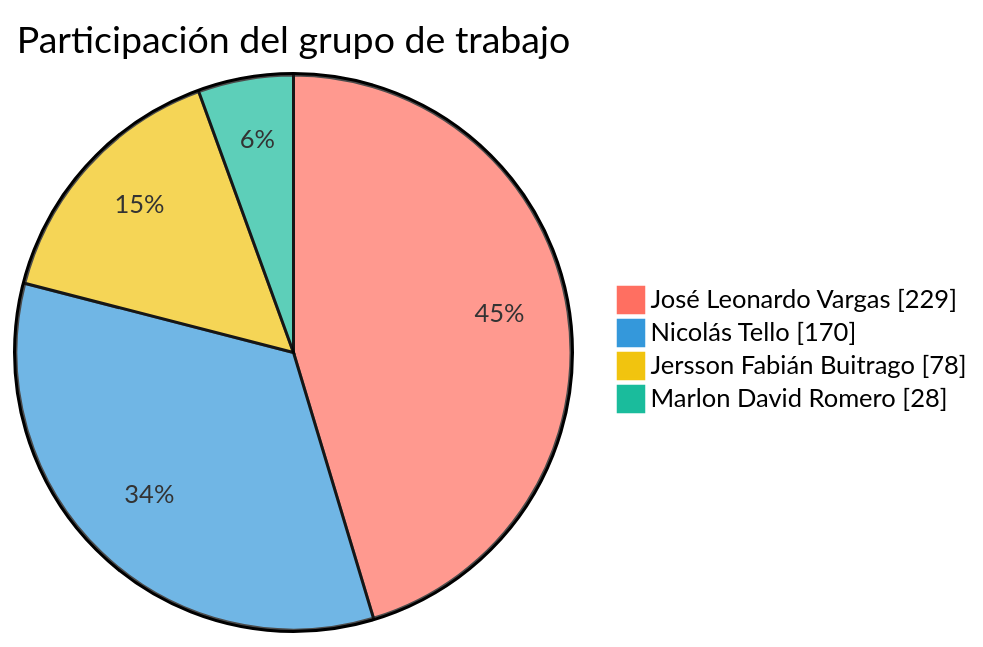
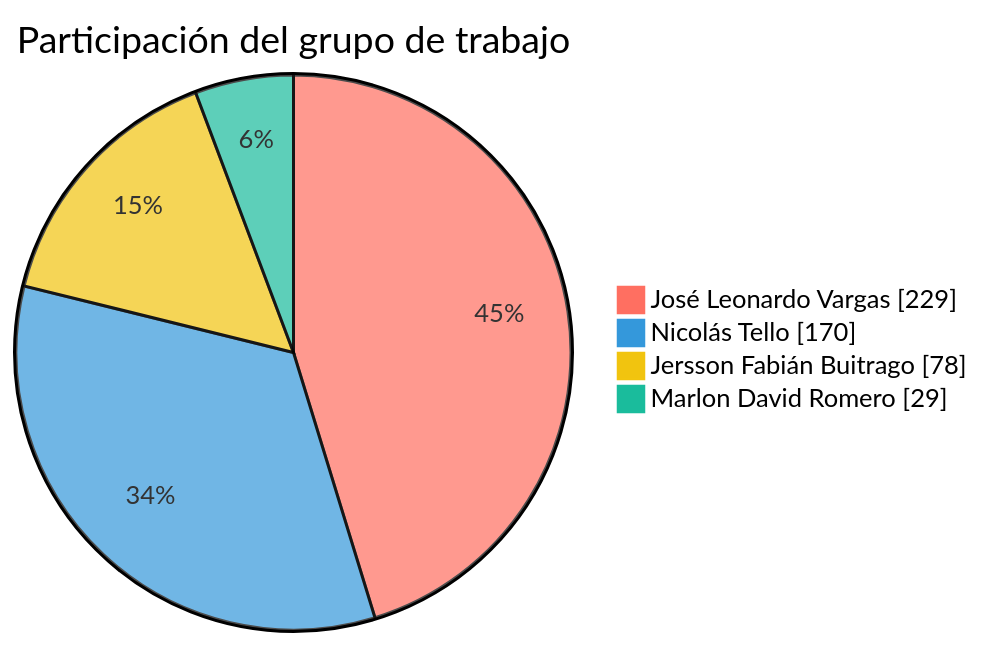
Before and after one commit to FarmaExpres/FarmaExpres: the first of 2 diagrams in README.md, drawn with Mermaid. The commit also changed other lines of this file and 1 other file, not shown here.

````diff
--- a/README.md
+++ b/README.md
@@ -389,9 +389,9 @@
 ```mermaid
 %%{init: {"themeVariables": {"pie1": "#ff6f61", "pie2": "#3498db", "pie3": "#f1c40f", "pie4": "#1abc9c", "pieLabelColor": "#000000", "pieLabelFontSize": "24px", "pieLabelFontWeight": "700"}}}%%
 pie showData
     title Participación del grupo de trabajo
     "José Leonardo Vargas" : 229
     "Nicolás Tello" : 170
     "Jersson Fabián Buitrago" : 78
-    "Marlon David Romero" : 28
+    "Marlon David Romero" : 29
 ```
````
